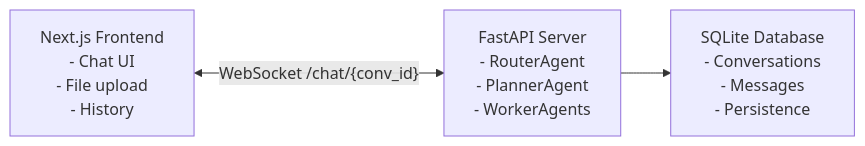
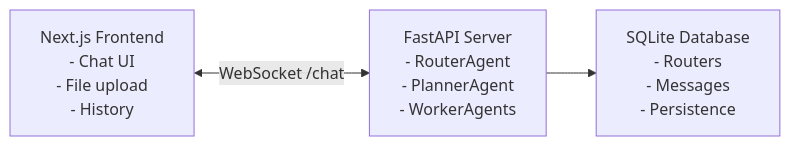
Before and after one commit to bryan-zxc/agent: the diagram in ARCHITECTURE.md, drawn with Mermaid. The commit also changed other lines of this file and 41 other files, not shown here.

````diff
--- a/ARCHITECTURE.md
+++ b/ARCHITECTURE.md
@@ -8,9 +8,9 @@
 ```mermaid
 graph LR
     A[Next.js Frontend<br/>- Chat UI<br/>- File upload<br/>- History] 
     B[FastAPI Server<br/>- RouterAgent<br/>- PlannerAgent<br/>- WorkerAgents]
-    C[SQLite Database<br/>- Conversations<br/>- Messages<br/>- Persistence]
+    C[SQLite Database<br/>- Routers<br/>- Messages<br/>- Persistence]
     
-    A <-->|"WebSocket /chat/{conv_id}"| B
+    A <-->|"WebSocket /chat"| B
     B --> C
 ```
````
